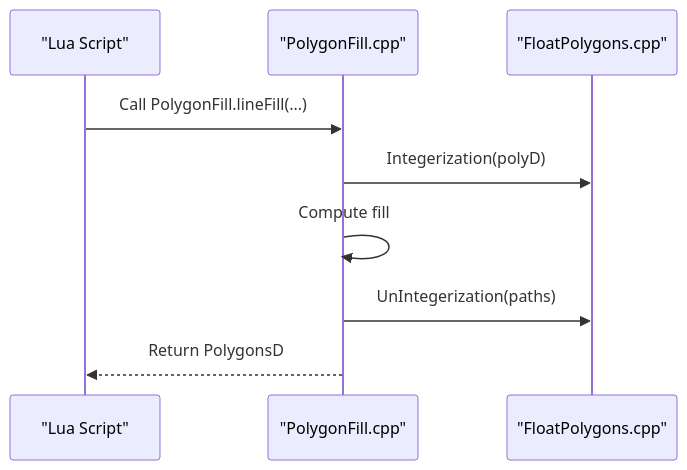
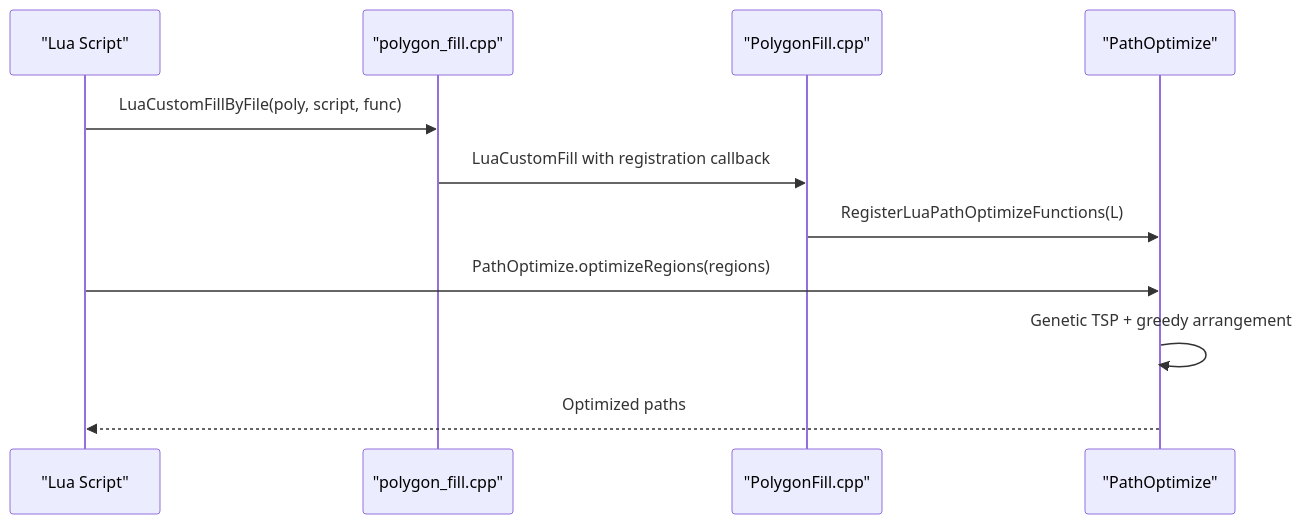
One commit to hsmbanlance/HsBaSlicer changed the eighth of 9 diagrams in .qoder/repowiki/en/content/2D Geometry Processing/Polygon Fill Algorithms/Polygon Fill Algorithms.md. Above: the diagram before and after it, drawn with Mermaid. The commit also changed other lines of this file and 11 other files, not shown here.

````diff
--- a/.qoder/repowiki/en/content/2D Geometry Processing/Polygon Fill Algorithms/Polygon Fill Algorithms.md
+++ b/.qoder/repowiki/en/content/2D Geometry Processing/Polygon Fill Algorithms/Polygon Fill Algorithms.md
@@ -273,11 +333,13 @@
 ```mermaid
 sequenceDiagram
 participant Script as "Lua Script"
+participant PF_API as "polygon_fill.cpp"
 participant PF as "PolygonFill.cpp"
-participant FP as "FloatPolygons.cpp"
-Script->>PF : Call PolygonFill.lineFill(...)
-PF->>FP : Integerization(polyD)
-PF->>PF : Compute fill
-PF->>FP : UnIntegerization(paths)
-PF-->>Script : Return PolygonsD
+participant PO as "PathOptimize"
+Script->>PF_API : LuaCustomFillByFile(poly, script, func)
+PF_API->>PF : LuaCustomFill with registration callback
+PF->>PO : RegisterLuaPathOptimizeFunctions(L)
+Script->>PO : PathOptimize.optimizeRegions(regions)
+PO->>PO : Genetic TSP + greedy arrangement
+PO-->>Script : Optimized paths
 ```
````
